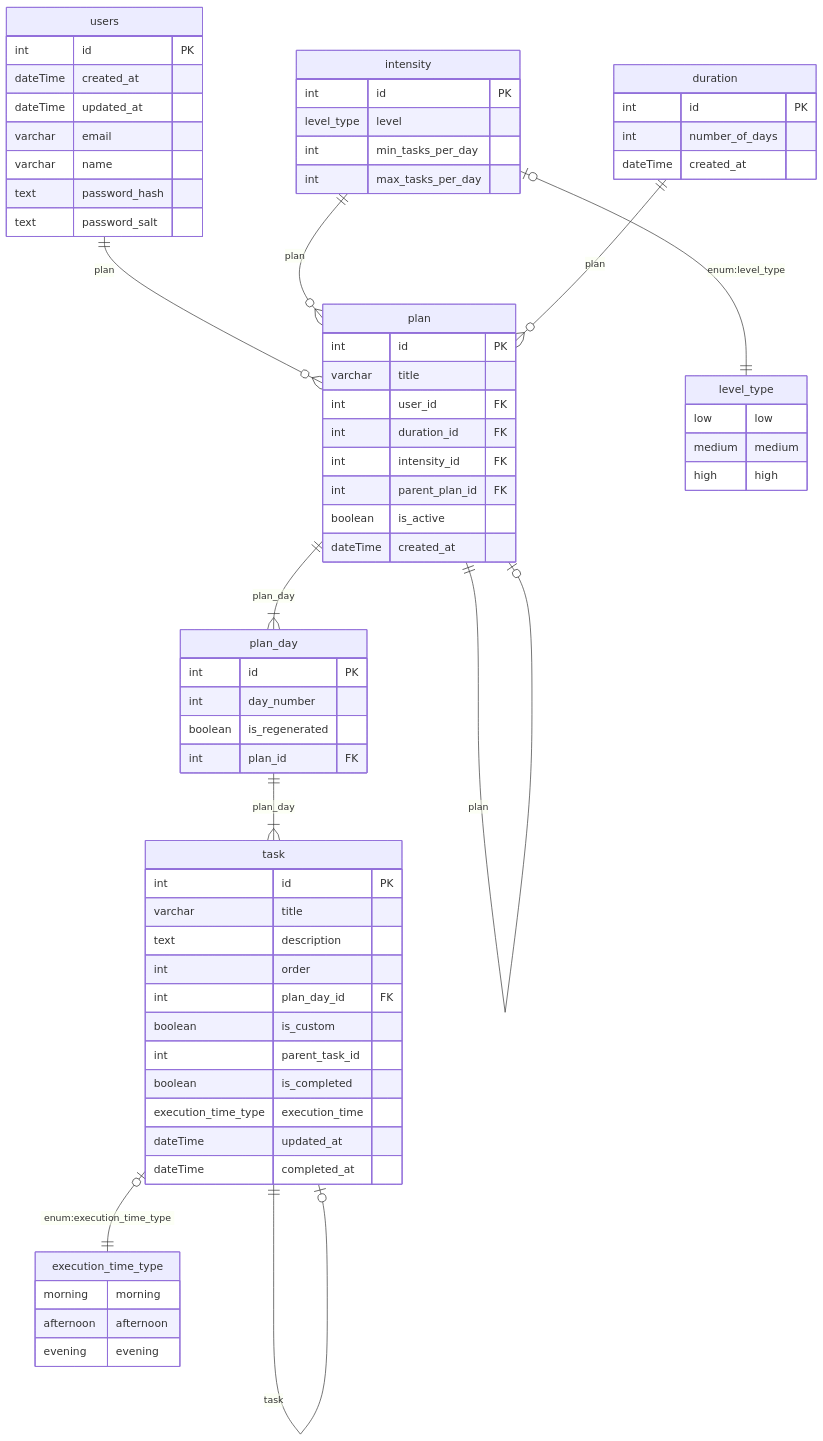
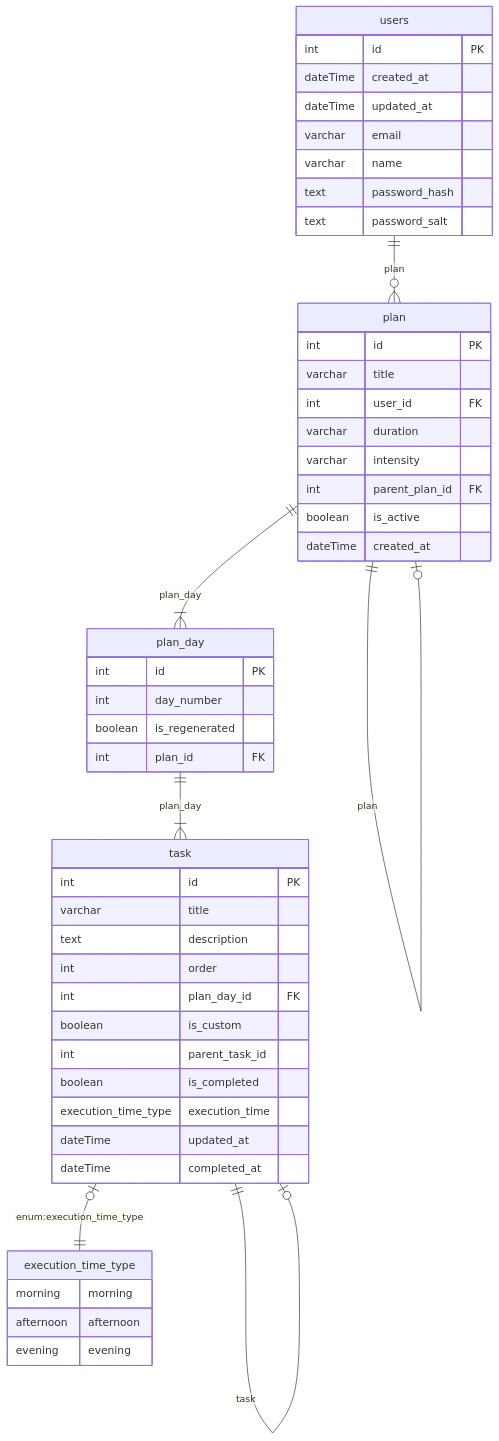
The diagram in readme.md (BinaryStudioAcademy/bsa-2025-checkly), drawn with Mermaid before and after one commit.

Commit message:
docs: remove duration, intensity tables from er-diagram readme.md cy-41

````diff
--- a/readme.md
+++ b/readme.md
@@ -25,80 +25,58 @@
 ```mermaid
 
 erDiagram
   users ||--o{ plan : "plan"
   users {
     int id PK
     dateTime created_at
     dateTime updated_at
     varchar email
     varchar name
     text password_hash
     text password_salt
   }
 
-  intensity ||--o{ plan : "plan"
-  intensity o|--|| level_type : "enum:level_type"
-  intensity {
-    int id PK
-    level_type level
-    int min_tasks_per_day
-    int max_tasks_per_day
-  }
-
-  level_type {
-    low low
-    medium medium
-    high high
-  }
-
-  duration ||--o{ plan : "plan"
-  duration {
-    int id PK
-    int number_of_days
-    dateTime created_at
-  }
-
   plan ||--|{ plan_day : "plan_day"
   plan ||--o| plan : "plan"
   plan {
     int id PK
     varchar title
     int user_id FK
-    int duration_id FK
-    int intensity_id FK
+    varchar duration
+    varchar intensity
     int parent_plan_id FK
     boolean is_active
     dateTime created_at
   }
 
   plan_day ||--|{ task : "plan_day"
   plan_day {
     int id PK
     int day_number
     boolean is_regenerated
     int plan_id FK
   }
 
   task ||--o| task : "task"
   task o|--|| execution_time_type : "enum:execution_time_type"
   task {
     int id PK
     varchar title
     text description
     int order
     int plan_day_id FK
     boolean is_custom
     int parent_task_id
     boolean is_completed
     execution_time_type execution_time
     dateTime updated_at
     dateTime completed_at
   }
 
   execution_time_type {
     morning morning
     afternoon afternoon
     evening evening
   }
 
 ```
````
